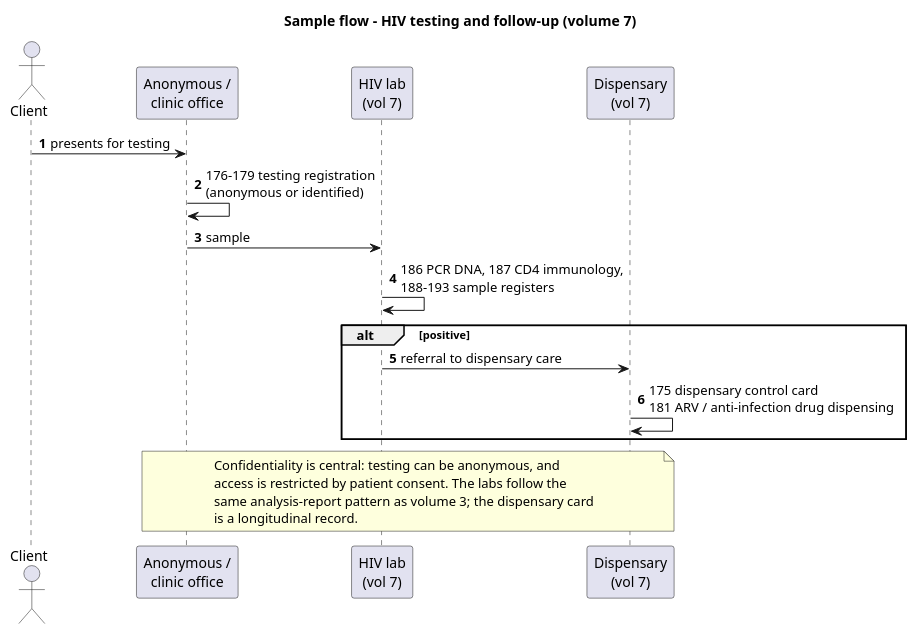
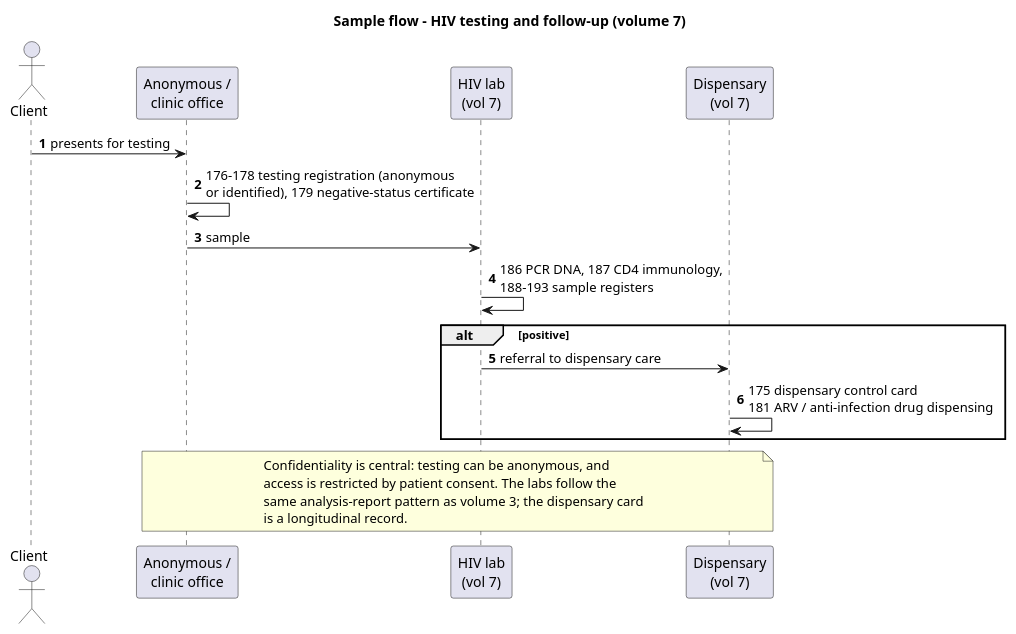
The diagram in input/images-source/forms-vol07-flow.plantuml (uzinfocom-org/digital-health-integration), drawn with PlantUML before and after one commit. The commit also changed 17 other files, not shown here.

First line of the commit message:
Fix diagram/table facts against Order 399 templates and YORIQNOMA

```diff
--- a/input/images-source/forms-vol07-flow.plantuml
+++ b/input/images-source/forms-vol07-flow.plantuml
@@ -1,25 +1,25 @@
 @startuml forms-vol07-flow
 title Sample flow - HIV testing and follow-up (volume 7)
 autonumber
 
 actor Client as C
 participant "Anonymous /\nclinic office" as OFF
 participant "HIV lab\n(vol 7)" as LAB
 participant "Dispensary\n(vol 7)" as DISP
 
 C -> OFF : presents for testing
-OFF -> OFF : 176-179 testing registration\n(anonymous or identified)
+OFF -> OFF : 176-178 testing registration (anonymous\nor identified), 179 negative-status certificate
 OFF -> LAB : sample
 LAB -> LAB : 186 PCR DNA, 187 CD4 immunology,\n188-193 sample registers
 alt positive
   LAB -> DISP : referral to dispensary care
   DISP -> DISP : 175 dispensary control card\n181 ARV / anti-infection drug dispensing
 end
 
 note over OFF, DISP
   Confidentiality is central: testing can be anonymous, and
   access is restricted by patient consent. The labs follow the
   same analysis-report pattern as volume 3; the dispensary card
   is a longitudinal record.
 end note
 @enduml
```
